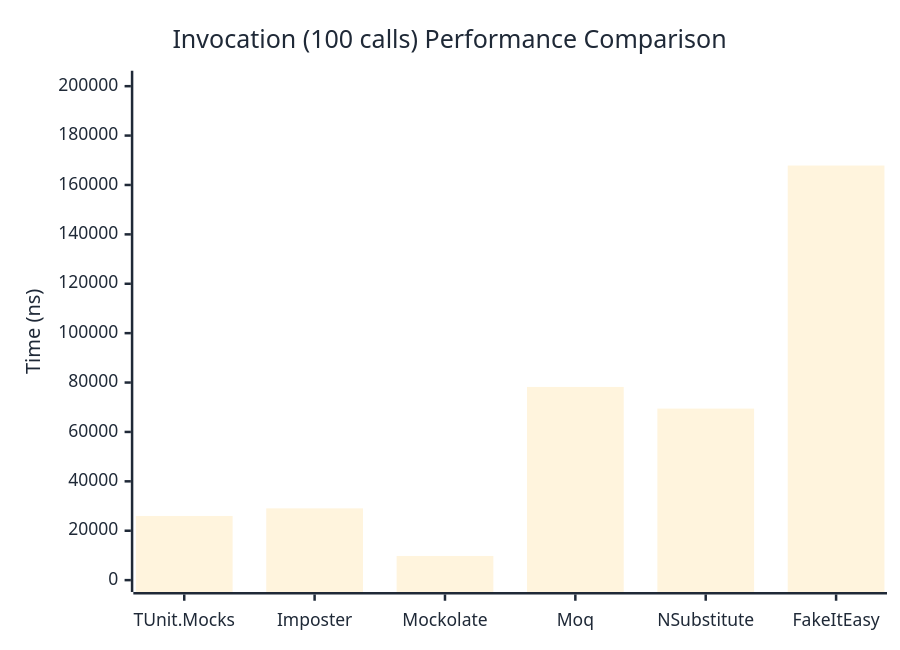
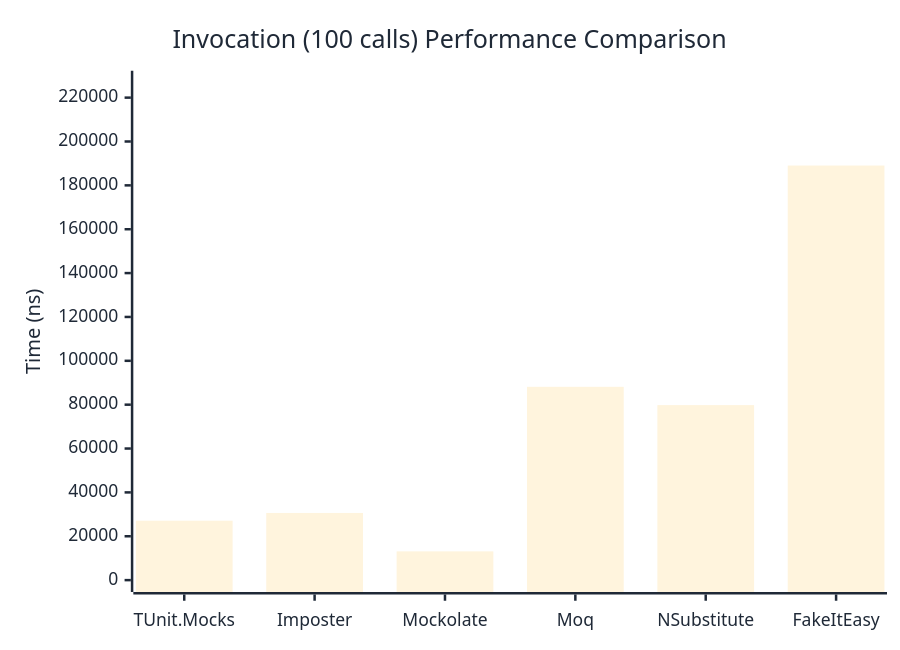
The third of 3 diagrams in docs/docs/benchmarks/mocks/Invocation.md (thomhurst/TUnit), drawn with Mermaid before and after one commit. The commit also changed other lines of this file and 14 other files, not shown here.

````diff
--- a/docs/docs/benchmarks/mocks/Invocation.md
+++ b/docs/docs/benchmarks/mocks/Invocation.md
@@ -110,27 +110,27 @@
 ```mermaid
 %%{init: {
   'theme':'base',
   'themeVariables': {
     'primaryColor': '#2563eb',
     'primaryTextColor': '#1f2937',
     'primaryBorderColor': '#1e40af',
     'lineColor': '#6b7280',
     'secondaryColor': '#7c3aed',
     'tertiaryColor': '#dc2626',
     'background': '#ffffff',
     'pie1': '#2563eb',
     'pie2': '#7c3aed',
     'pie3': '#dc2626',
     'pie4': '#f59e0b',
     'pie5': '#10b981',
     'pie6': '#06b6d4',
     'pie7': '#ec4899',
     'pie8': '#6366f1'
   }
 }}%%
 xychart-beta
   title "Invocation (100 calls) Performance Comparison"
   x-axis ["TUnit.Mocks", "Imposter", "Mockolate", "Moq", "NSubstitute", "FakeItEasy"]
-  y-axis "Time (ns)" 0 --> 201440
-  bar [25979.39, 29063.61, 9783.73, 78221.85, 69453.97, 167866.12]
+  y-axis "Time (ns)" 0 --> 226842
+  bar [27090.1, 30628.9, 13117.9, 88139.7, 79799.2, 189034.3]
 ```
````
